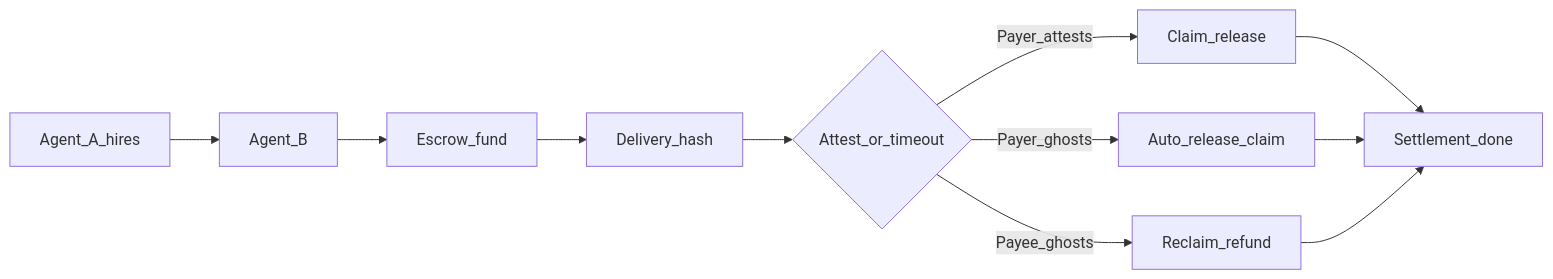
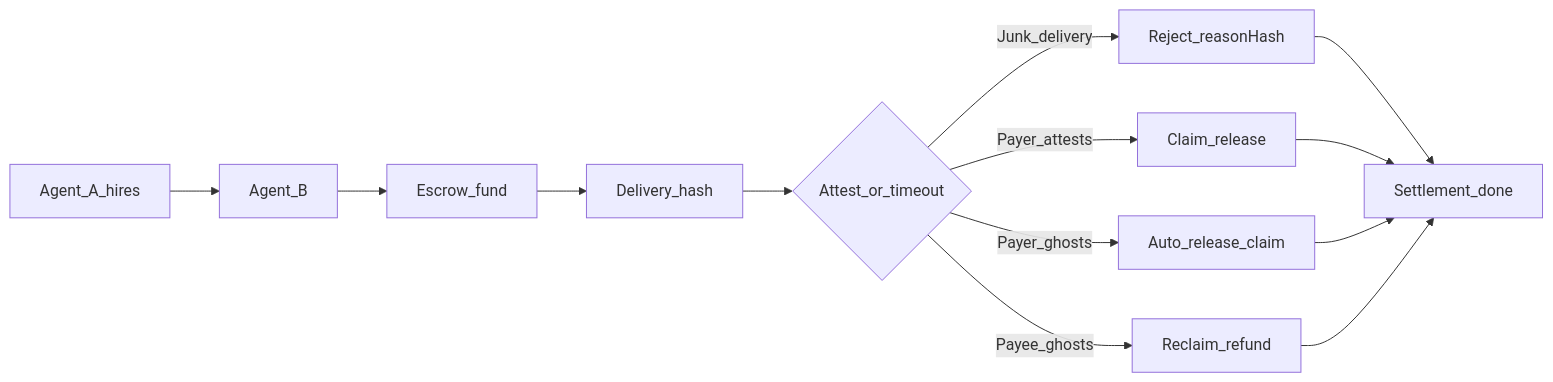
The second of 2 diagrams in README.md (shery8595/Pharos-Settle), drawn with Mermaid before and after one commit. The commit also changed other lines of this file and 53 other files, not shown here.

````diff
--- a/README.md
+++ b/README.md
@@ -47,13 +72,15 @@
 ```mermaid
 flowchart LR
   A[Agent_A_hires] --> B[Agent_B]
   B --> E[Escrow_fund]
   E --> D[Delivery_hash]
   D --> AT{Attest_or_timeout}
   AT -->|Payer_attests| CL[Claim_release]
   AT -->|Payer_ghosts| AR[Auto_release_claim]
   AT -->|Payee_ghosts| RC[Reclaim_refund]
+  AT -->|Junk_delivery| RJ[Reject_reasonHash]
+  RJ --> DONE
   CL --> DONE[Settlement_done]
   AR --> DONE
   RC --> DONE
 ```
````
